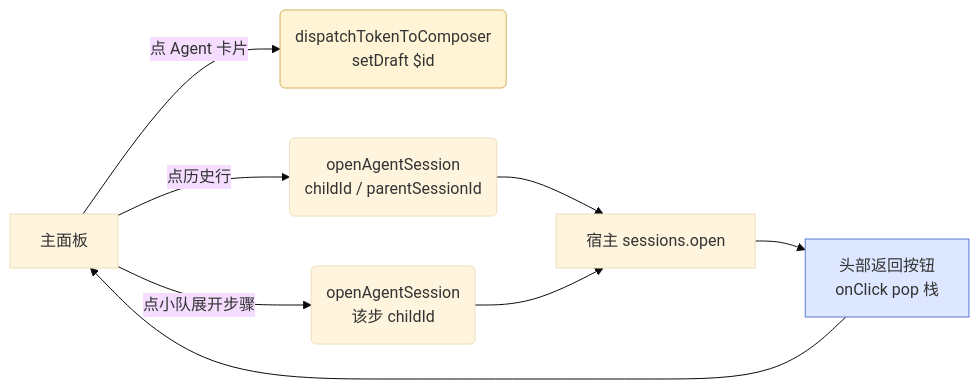
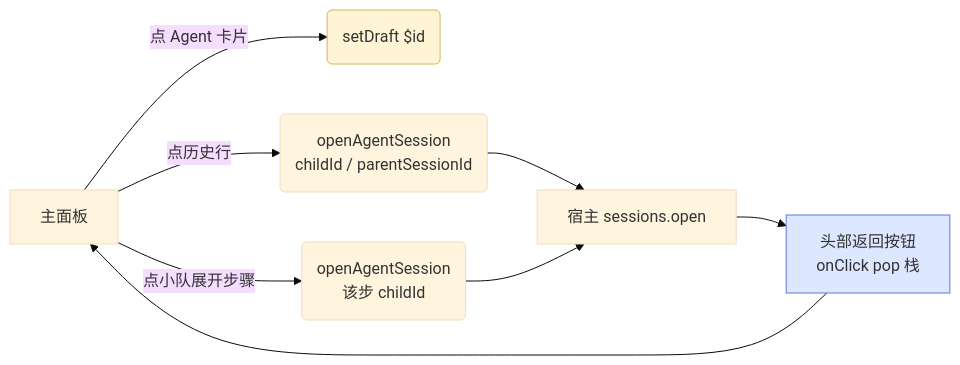
Before and after one commit to ArmingLou/dsh-agent-dispatch: the fourth of 4 diagrams in README.md, drawn with Mermaid (base theme). The commit also changed other lines of this file and 31 other files, not shown here.

Commit message:
v1.1.0: expert 全面改名 agent，删除内置 Agent/小队，换真实 UI 截图

````diff
--- a/README.md
+++ b/README.md
@@ -240,12 +239,12 @@
 ```mermaid
 flowchart LR
-    A[主面板] -->|点 Agent 卡片| B(dispatchTokenToComposer<br/>setDraft $id)
+    A[主面板] -->|点 Agent 卡片| B(setDraft $id)
     A -->|点历史行| C(openAgentSession<br/>childId / parentSessionId)
     A -->|点小队展开步骤| D(openAgentSession<br/>该步 childId)
     C --> E[宿主 sessions.open]
     D --> E
     E --> F[头部返回按钮<br/>onClick pop 栈]
     F --> A
     style B fill:#fff5d6,stroke:#d6b15b
     style F fill:#dde7ff,stroke:#5b7bd6
 ```
````
